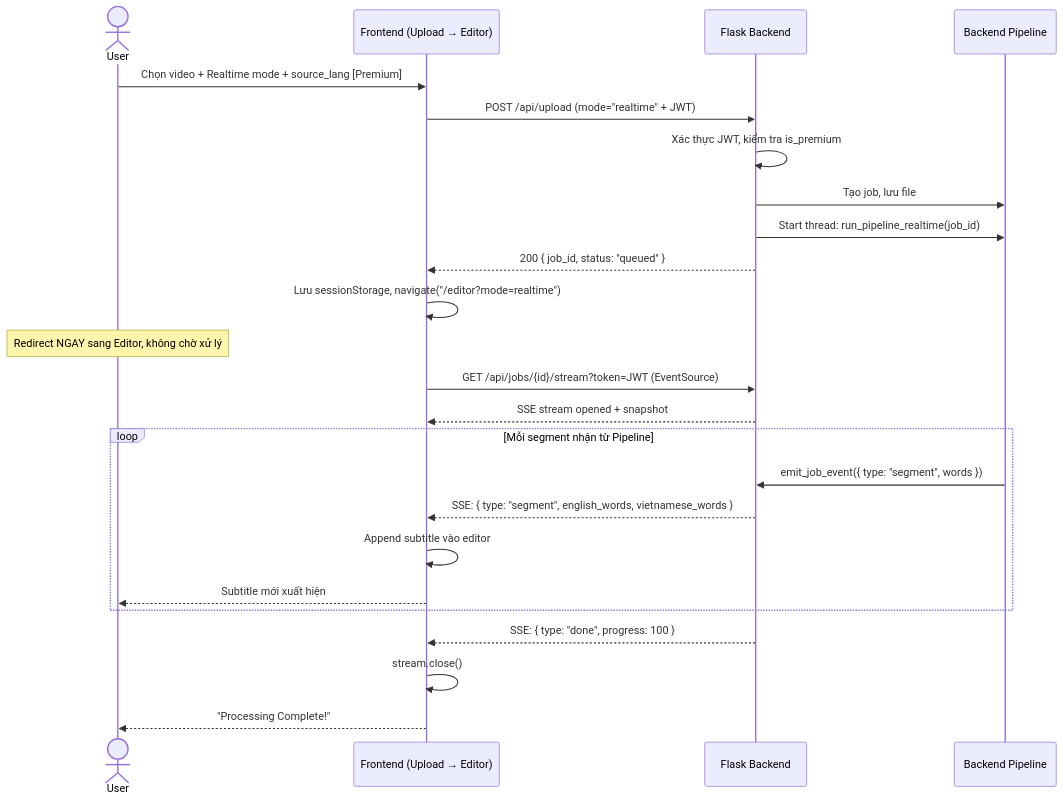
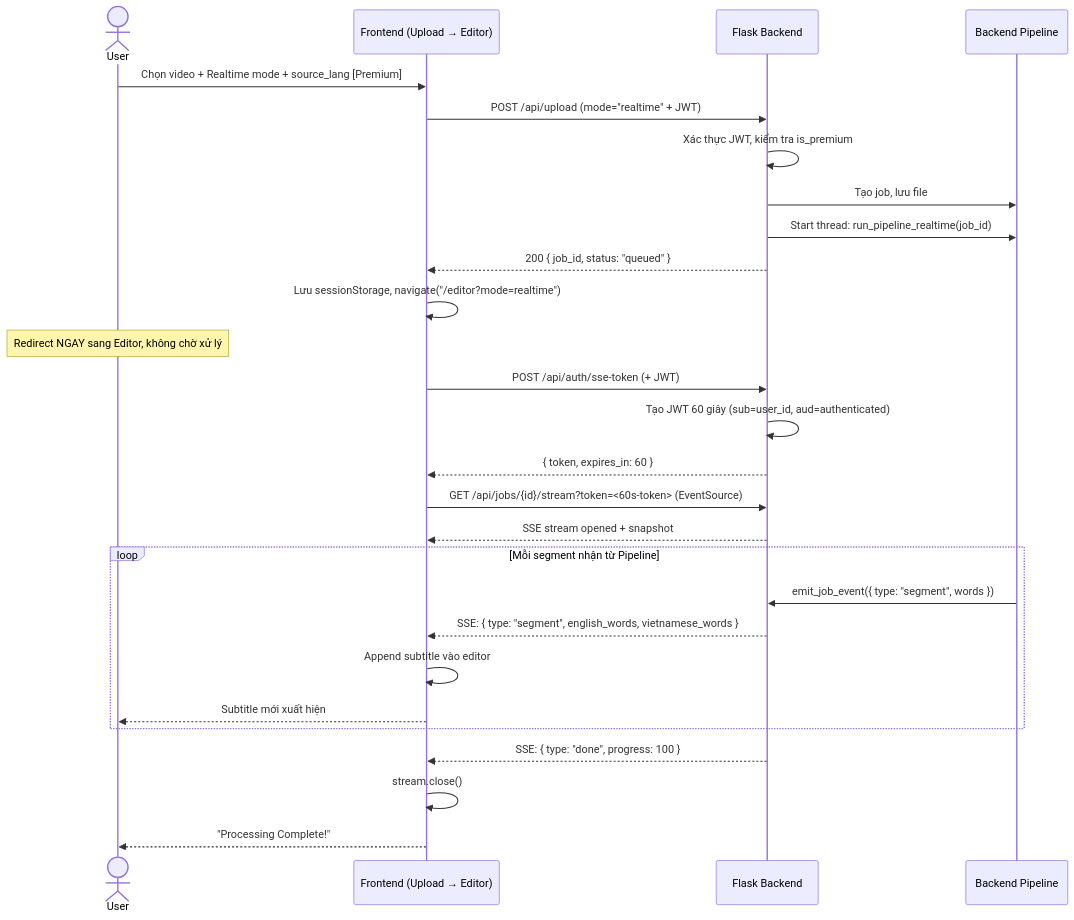
The eighth of 22 diagrams in docs/system-flows.md (SonDinh1129/subtitle-project), drawn with Mermaid before and after one commit. The commit also changed other lines of this file and 3 other files, not shown here.

````diff
--- a/docs/system-flows.md
+++ b/docs/system-flows.md
@@ -273,31 +276,35 @@
 ```mermaid
 sequenceDiagram
     actor User
     participant FE as Frontend (Upload → Editor)
     participant Flask as Flask Backend
     participant Pipeline as Backend Pipeline
 
     User->>FE: Chọn video + Realtime mode + source_lang [Premium]
     FE->>Flask: POST /api/upload (mode="realtime" + JWT)
     Flask->>Flask: Xác thực JWT, kiểm tra is_premium
     Flask->>Pipeline: Tạo job, lưu file
     Flask->>Pipeline: Start thread: run_pipeline_realtime(job_id)
     Flask-->>FE: 200 { job_id, status: "queued" }
 
     FE->>FE: Lưu sessionStorage, navigate("/editor?mode=realtime")
     Note over User: Redirect NGAY sang Editor, không chờ xử lý
 
-    FE->>Flask: GET /api/jobs/{id}/stream?token=JWT (EventSource)
+    FE->>Flask: POST /api/auth/sse-token (+ JWT)
+    Flask->>Flask: Tạo JWT 60 giây (sub=user_id, aud=authenticated)
+    Flask-->>FE: { token, expires_in: 60 }
+
+    FE->>Flask: GET /api/jobs/{id}/stream?token=<60s-token> (EventSource)
     Flask-->>FE: SSE stream opened + snapshot
 
     loop Mỗi segment nhận từ Pipeline
         Pipeline->>Flask: emit_job_event({ type: "segment", words })
         Flask-->>FE: SSE: { type: "segment", english_words, vietnamese_words }
         FE->>FE: Append subtitle vào editor
         FE-->>User: Subtitle mới xuất hiện
     end
 
     Flask-->>FE: SSE: { type: "done", progress: 100 }
     FE->>FE: stream.close()
     FE-->>User: "Processing Complete!"
 ```
````
